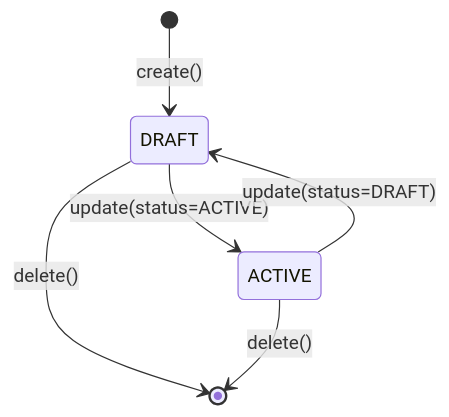
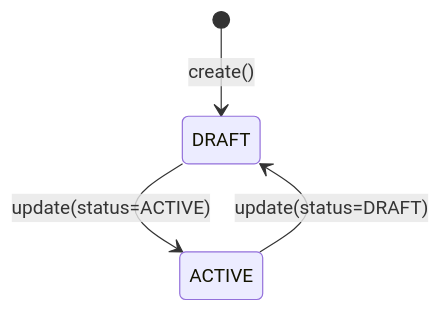
One commit to khinemyaezin/grab changed the third of 3 diagrams in docs/spec/domain/pricing/architecture/pricing-domain-spec.md. Above: the diagram before and after it, drawn with Mermaid. The commit also changed other lines of this file and 47 other files, not shown here.

````diff
--- a/docs/spec/domain/pricing/architecture/pricing-domain-spec.md
+++ b/docs/spec/domain/pricing/architecture/pricing-domain-spec.md
@@ -155,8 +155,6 @@
 ```mermaid
 stateDiagram-v2
     [*] --> DRAFT : create()
     DRAFT --> ACTIVE : update(status=ACTIVE)
     ACTIVE --> DRAFT : update(status=DRAFT)
-    DRAFT --> [*] : delete()
-    ACTIVE --> [*] : delete()
 ```
````
